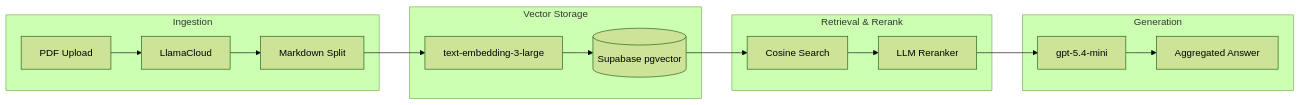
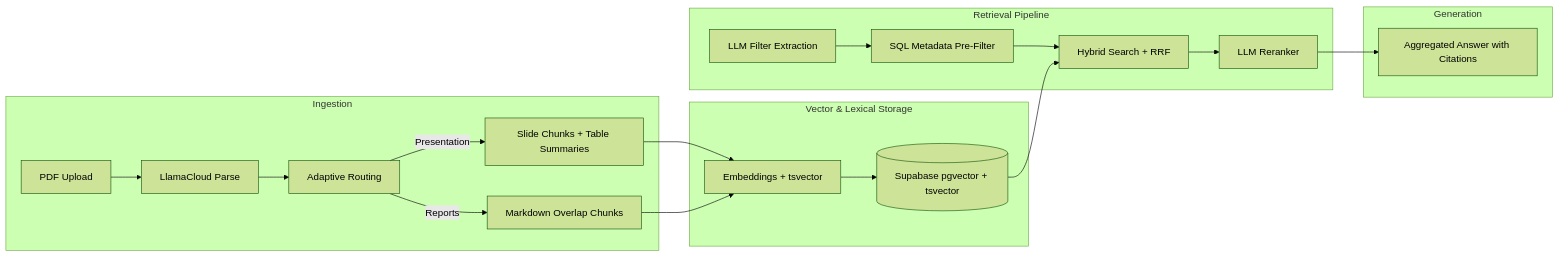
One commit to Neppu-Nep/vectera-rag-demo changed the diagram in README.md. Above: the diagram before and after it, drawn with Mermaid (forest theme). The commit also changed other lines of this file and 16 other files, not shown here.

````diff
--- a/README.md
+++ b/README.md
@@ -9,22 +9,27 @@
 ```mermaid
 flowchart LR
     subgraph Ingestion
-        A[PDF Upload] --> B[LlamaCloud] --> C[Markdown Split]
-    end
-    
-    subgraph Vector Storage
-        D[text-embedding-3-large] --> E[(Supabase pgvector)]
-    end
-    
-    subgraph Retrieval & Rerank
-        F[Cosine Search] --> G[LLM Reranker]
-    end
-    
-    subgraph Generation
-        H[gpt-5.4-mini] --> I[Aggregated Answer]
+        A[PDF Upload] --> B[LlamaCloud Parse]
+        B --> C[Adaptive Routing]
+        C -->|Presentation| D[Slide Chunks + Table Summaries]
+        C -->|Reports| E[Markdown Overlap Chunks]
     end
 
-    C --> D
-    E --> F
-    G --> H
+    subgraph Vector & Lexical Storage
+        D --> F[Embeddings + tsvector]
+        E --> F
+        F --> G[(Supabase pgvector + tsvector)]
+    end
+
+    subgraph Retrieval Pipeline
+        H[LLM Filter Extraction] --> I[SQL Metadata Pre-Filter]
+        I --> J[Hybrid Search + RRF]
+        J --> K[LLM Reranker]
+    end
+
+    subgraph Generation
+        K --> L[Aggregated Answer with Citations]
+    end
+
+    G --> J
 ```
````
